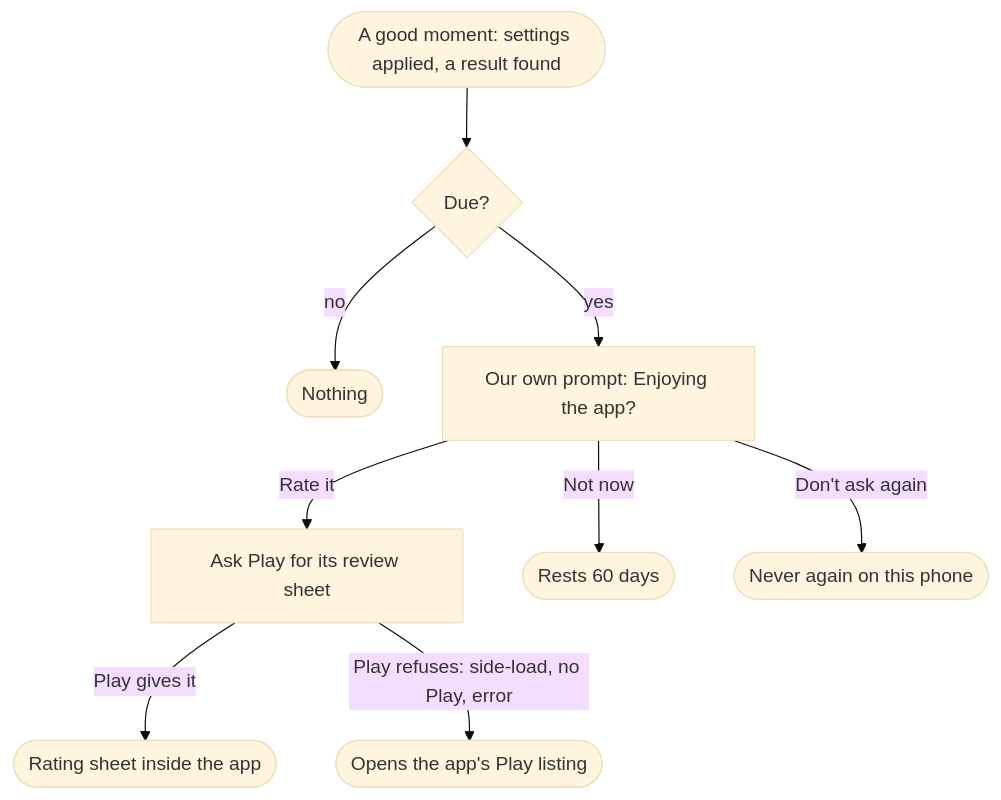
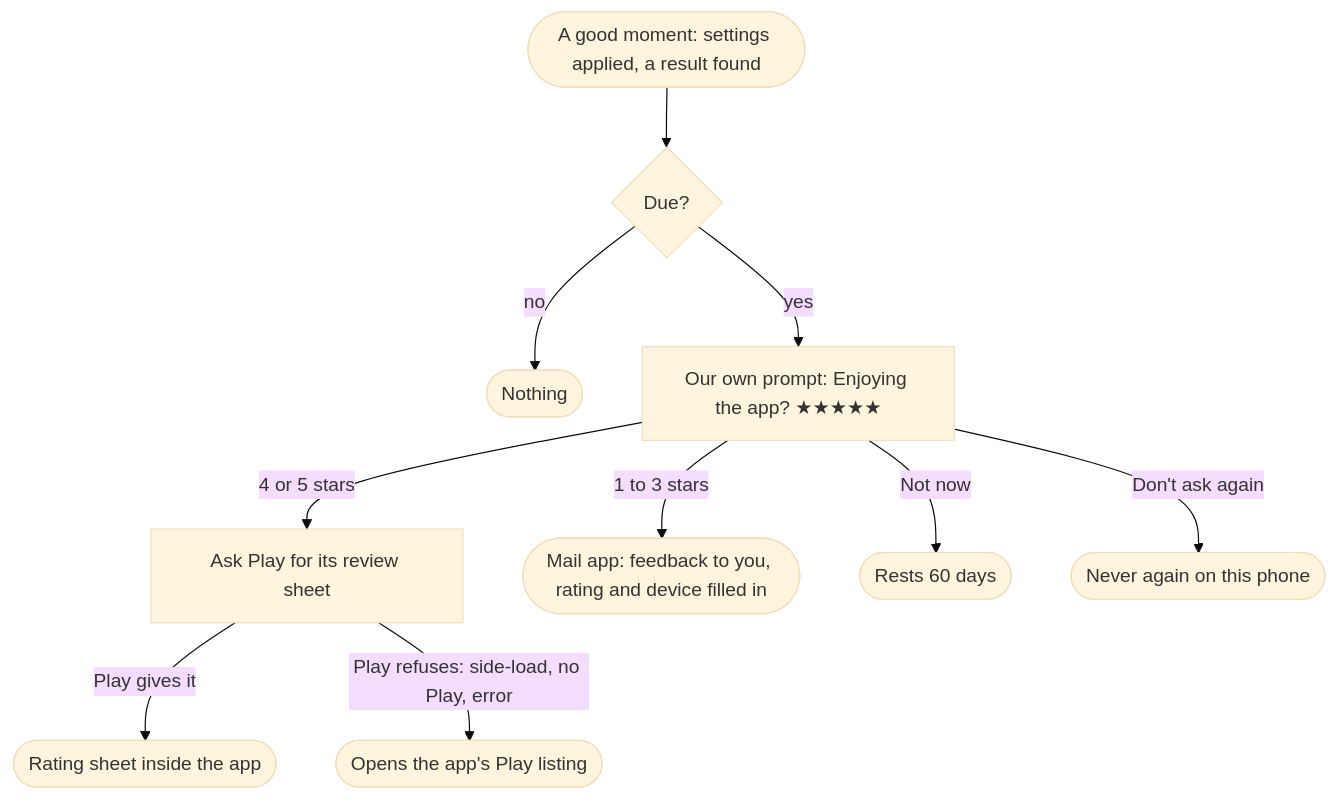
One commit to Trilokia/publishly-android changed the second of 2 diagrams in README.md. Above: the diagram before and after it, drawn with Mermaid (base theme). The commit also changed other lines of this file and 5 other files, not shown here.

Commit message:
Review prompt: animated stars, low ratings go to feedback mail instead of Play

````diff
--- a/README.md
+++ b/README.md
@@ -249,11 +249,12 @@
 ```mermaid
 flowchart TD
     moment([A good moment: settings applied, a result found]) --> due{Due?}
     due -- no --> quiet([Nothing])
-    due -- yes --> prompt["Our own prompt: Enjoying the app?"]
-    prompt -- "Rate it" --> sheet[Ask Play for its review sheet]
+    due -- yes --> prompt["Our own prompt: Enjoying the app? ★★★★★"]
+    prompt -- "4 or 5 stars" --> sheet[Ask Play for its review sheet]
+    prompt -- "1 to 3 stars" --> mail([Mail app: feedback to you, rating and device filled in])
     prompt -- "Not now" --> rest([Rests 60 days])
     prompt -- "Don't ask again" --> stop([Never again on this phone])
     sheet -- "Play gives it" --> inapp([Rating sheet inside the app])
     sheet -- "Play refuses: side-load, no Play, error" --> store([Opens the app's Play listing])
 ```
````
